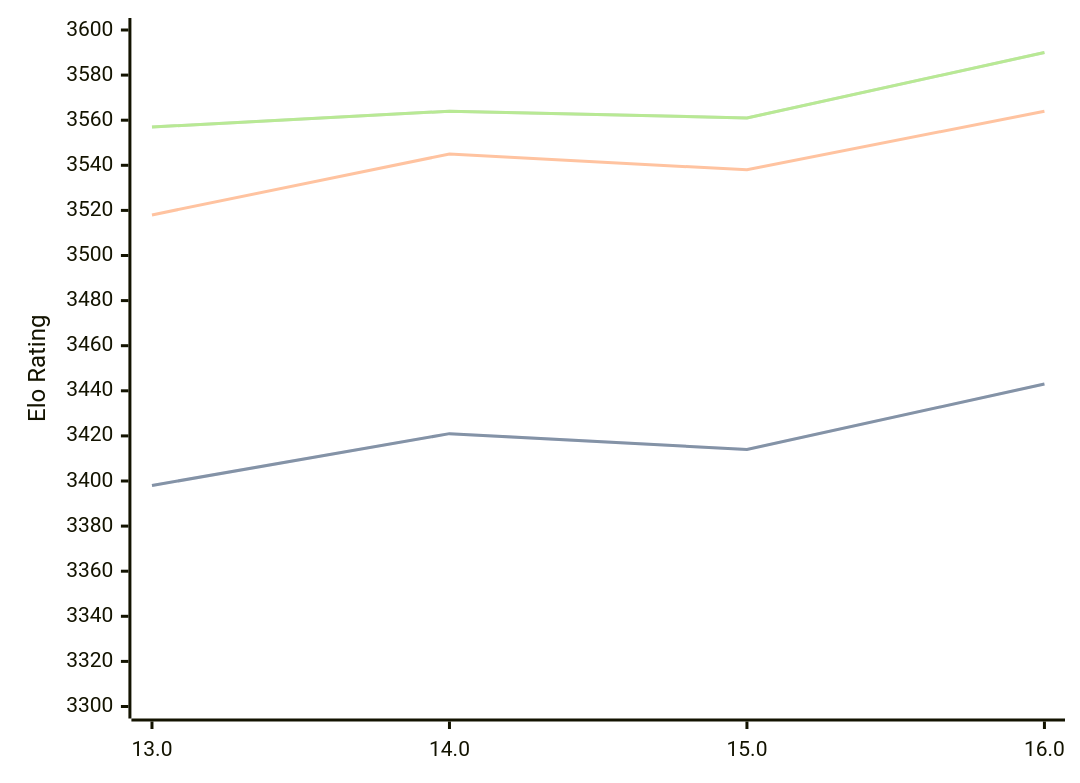
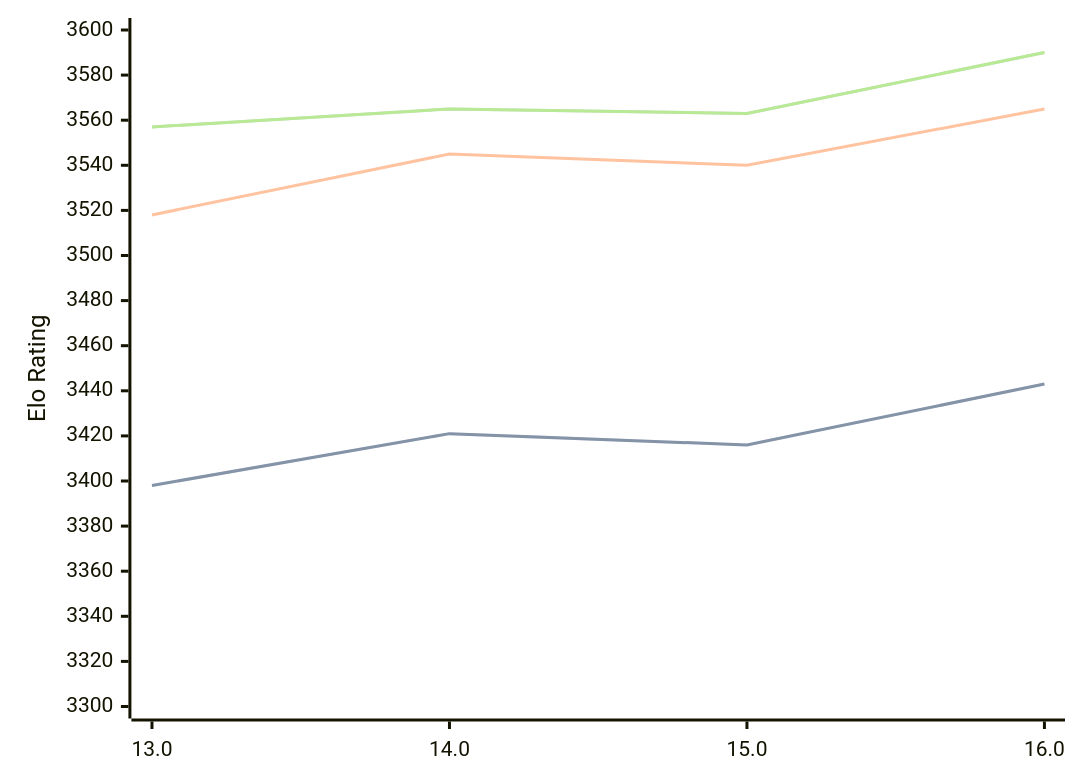
Before and after one commit to computer-chess-index/cci: the diagram in engines/Obsidian.md, drawn with Mermaid. The commit also changed other lines of this file, not shown here.

Commit message:
Update CCI Ratings (ELO VLTC) - 2026-09-14

````diff
--- a/engines/Obsidian.md
+++ b/engines/Obsidian.md
@@ -34,11 +34,11 @@
 ```mermaid
 %%{init: {"theme":"base","themeVariables":{"seriesColors:['#a3a3a3','#222221','#faa371']}}}%%
 xychart-beta
   x-axis ["13.0", "14.0", "15.0", "16.0"]
   y-axis "Elo Rating" 3300 --> 3600
-  line "" [3398, 3421, 3414, 3443]
-  line "STC (8.0+0.08s)" [3398, 3421, 3414, 3443]
-  line "LTC (60.0+0.60s)" [3518, 3545, 3538, 3564]
-  line "" [3557, 3564, 3561, 3590]
-  line "VLTC (2m24s+1.12s)" [3557, 3564, 3561, 3590]
+  line "" [3398, 3421, 3416, 3443]
+  line "STC (8.0+0.08s)" [3398, 3421, 3416, 3443]
+  line "LTC (60.0+0.60s)" [3518, 3545, 3540, 3565]
+  line "" [3557, 3565, 3563, 3590]
+  line "VLTC (2m24s+1.12s)" [3557, 3565, 3563, 3590]
 ```
````
